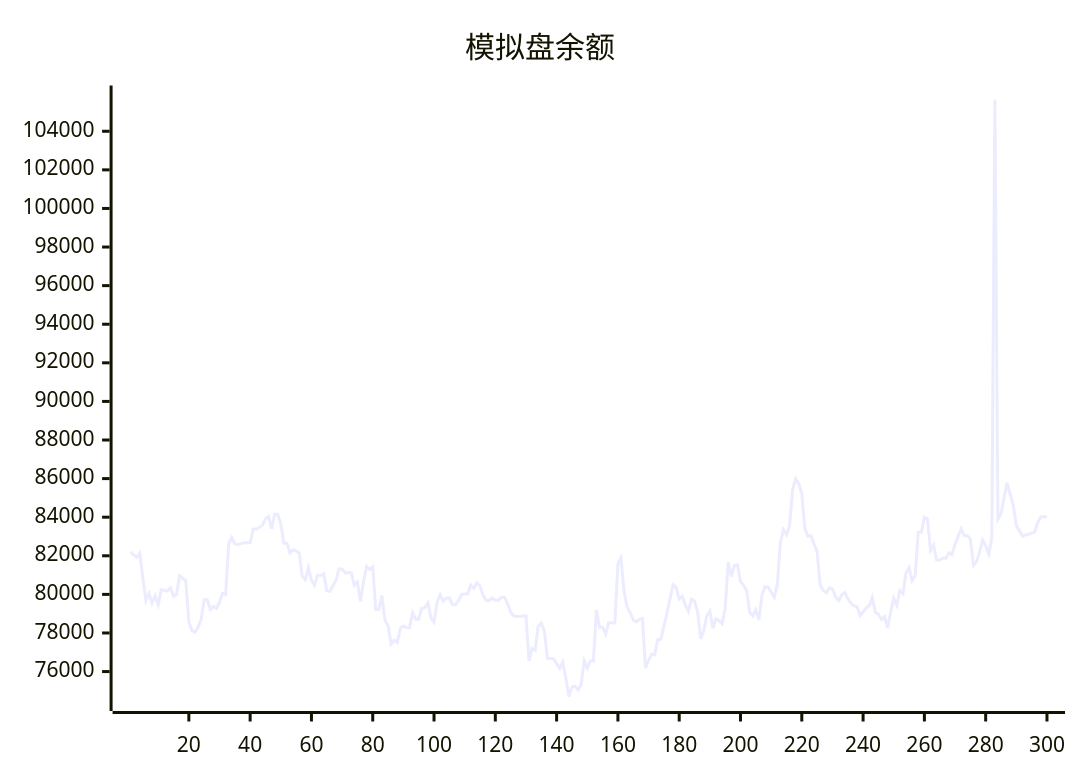
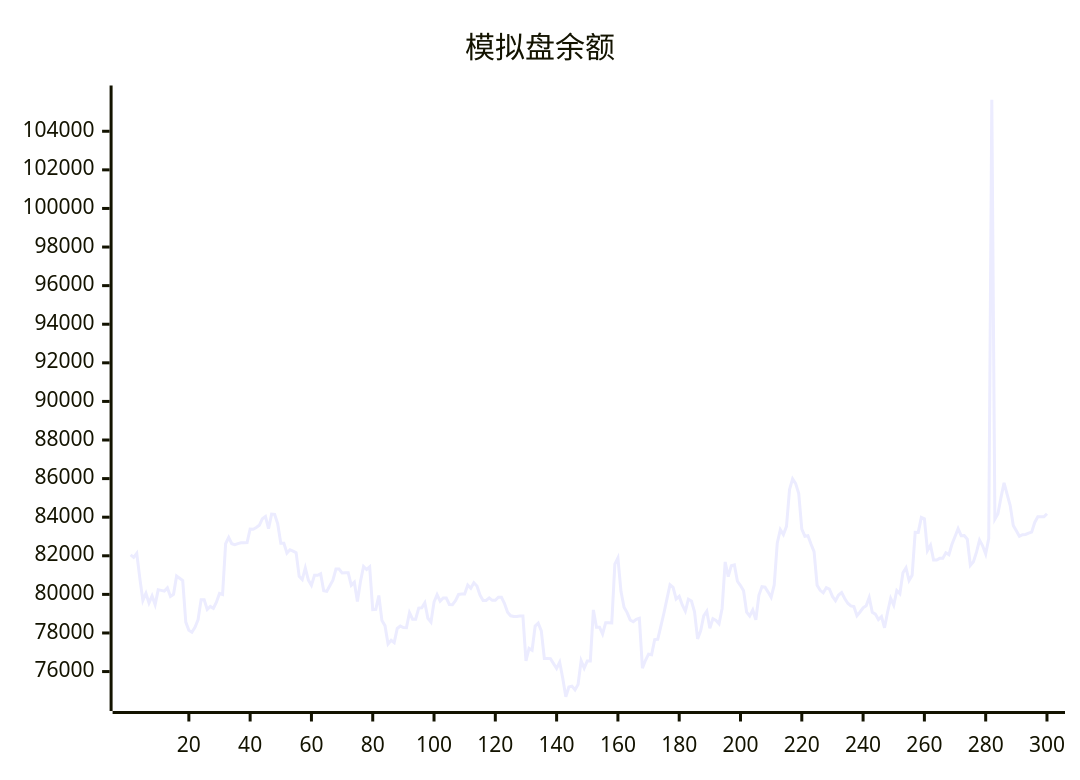
The diagram in README.md (aahl/ai-trading), drawn with Mermaid before and after one commit. The commit also changed other lines of this file and 1 other file, not shown here.

````diff
--- a/README.md
+++ b/README.md
@@ -5,5 +5,5 @@
 ```mermaid
 xychart
     title "模拟盘余额"
-    line [82200,82047,81920,82125,80840,79688,80060,79552,79920,79470,80236,80208,80170,80336,79894,80006,80954,80837,80712,78561,78139,78037,78293,78682,79720,79720,79214,79372,79279,79591,80046,79993,82625,82950,82626,82571,82633,82670,82670,82681,83386,83378,83464,83579,83920,84037,83402,84160,84142,83652,82655,82655,82145,82315,82243,82163,80934,80770,81371,80742,80468,80989,80989,81067,80191,80155,80450,80737,81309,81309,81106,81119,81119,80471,80631,79624,80670,81448,81290,81429,79212,79222,79940,78643,78380,77432,77623,77504,78235,78358,78284,78277,79048,78714,78714,79290,79308,79567,78763,78563,79603,79988,79652,79813,79813,79476,79469,79673,79995,80015,80015,80486,80314,80600,80436,79966,79689,79689,79819,79692,79692,79850,79850,79518,79071,78889,78850,78850,78878,78878,76554,77202,77103,78357,78510,78106,76678,76677,76672,76411,76159,76485,75656,74695,75197,75246,75052,75334,76564,76179,76553,76551,79196,78300,78300,77944,78531,78531,78521,81564,81884,80160,79335,79055,78675,78580,78708,78764,76179,76586,76902,76876,77658,77669,78346,79023,79769,80497,80366,79761,79896,79448,79126,79749,79658,79097,77695,78114,78888,79126,78249,78738,78653,78478,79271,81680,80923,81488,81527,80681,80455,80190,79084,78879,79193,78686,79954,80403,80374,80118,79848,80491,82665,83351,83098,83525,85430,85983,85737,85221,83378,83014,83043,82613,82216,80477,80208,80081,80348,80277,79894,79670,79965,80093,79786,79542,79406,79371,78893,79087,79304,79406,79841,79072,78978,78696,78846,78272,79085,79787,79442,80198,80031,81120,81379,80718,80985,83214,83212,83993,83921,82270,82547,81776,81776,81866,81866,82158,82061,82596,83000,83408,83041,83050,82858,81503,81691,82188,82812,82517,82092,82901,105633,83898,84180,85030,85781,85178,84604,83569,83298,83008,83093,83107,83175,83228,83729,84025,84017,84019]
+    line [82047,81920,82125,80840,79688,80060,79552,79920,79470,80236,80208,80170,80336,79894,80006,80954,80837,80712,78561,78139,78037,78293,78682,79720,79720,79214,79372,79279,79591,80046,79993,82625,82950,82626,82571,82633,82670,82670,82681,83386,83378,83464,83579,83920,84037,83402,84160,84142,83652,82655,82655,82145,82315,82243,82163,80934,80770,81371,80742,80468,80989,80989,81067,80191,80155,80450,80737,81309,81309,81106,81119,81119,80471,80631,79624,80670,81448,81290,81429,79212,79222,79940,78643,78380,77432,77623,77504,78235,78358,78284,78277,79048,78714,78714,79290,79308,79567,78763,78563,79603,79988,79652,79813,79813,79476,79469,79673,79995,80015,80015,80486,80314,80600,80436,79966,79689,79689,79819,79692,79692,79850,79850,79518,79071,78889,78850,78850,78878,78878,76554,77202,77103,78357,78510,78106,76678,76677,76672,76411,76159,76485,75656,74695,75197,75246,75052,75334,76564,76179,76553,76551,79196,78300,78300,77944,78531,78531,78521,81564,81884,80160,79335,79055,78675,78580,78708,78764,76179,76586,76902,76876,77658,77669,78346,79023,79769,80497,80366,79761,79896,79448,79126,79749,79658,79097,77695,78114,78888,79126,78249,78738,78653,78478,79271,81680,80923,81488,81527,80681,80455,80190,79084,78879,79193,78686,79954,80403,80374,80118,79848,80491,82665,83351,83098,83525,85430,85983,85737,85221,83378,83014,83043,82613,82216,80477,80208,80081,80348,80277,79894,79670,79965,80093,79786,79542,79406,79371,78893,79087,79304,79406,79841,79072,78978,78696,78846,78272,79085,79787,79442,80198,80031,81120,81379,80718,80985,83214,83212,83993,83921,82270,82547,81776,81776,81866,81866,82158,82061,82596,83000,83408,83041,83050,82858,81503,81691,82188,82812,82517,82092,82901,105633,83898,84180,85030,85781,85178,84604,83569,83298,83008,83093,83107,83175,83228,83729,84025,84017,84019,84177]
 ```
````
